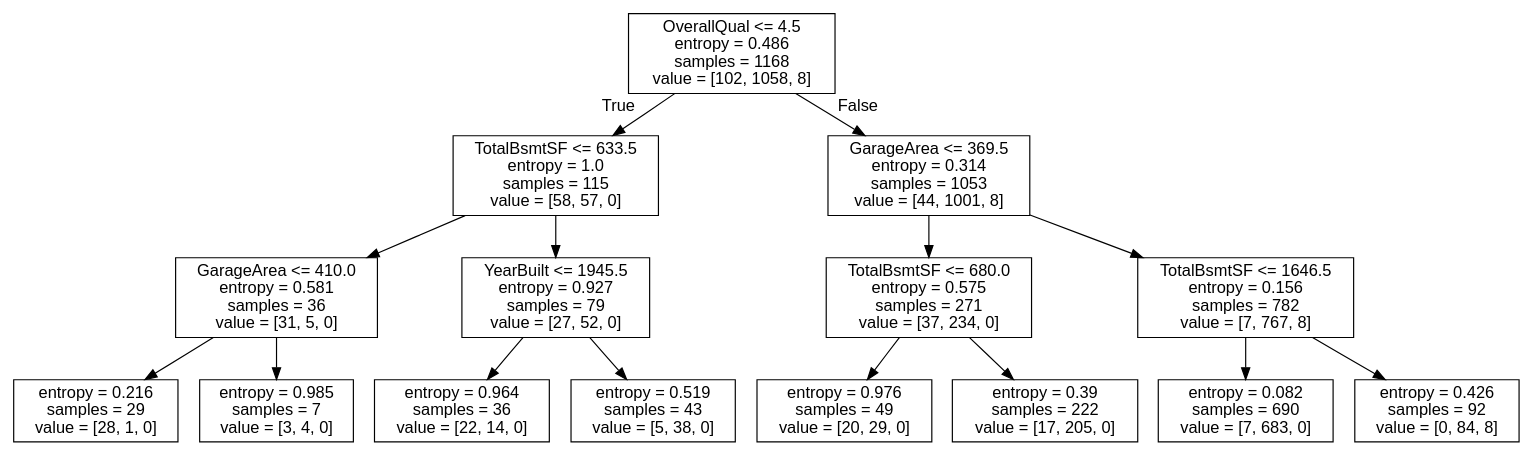
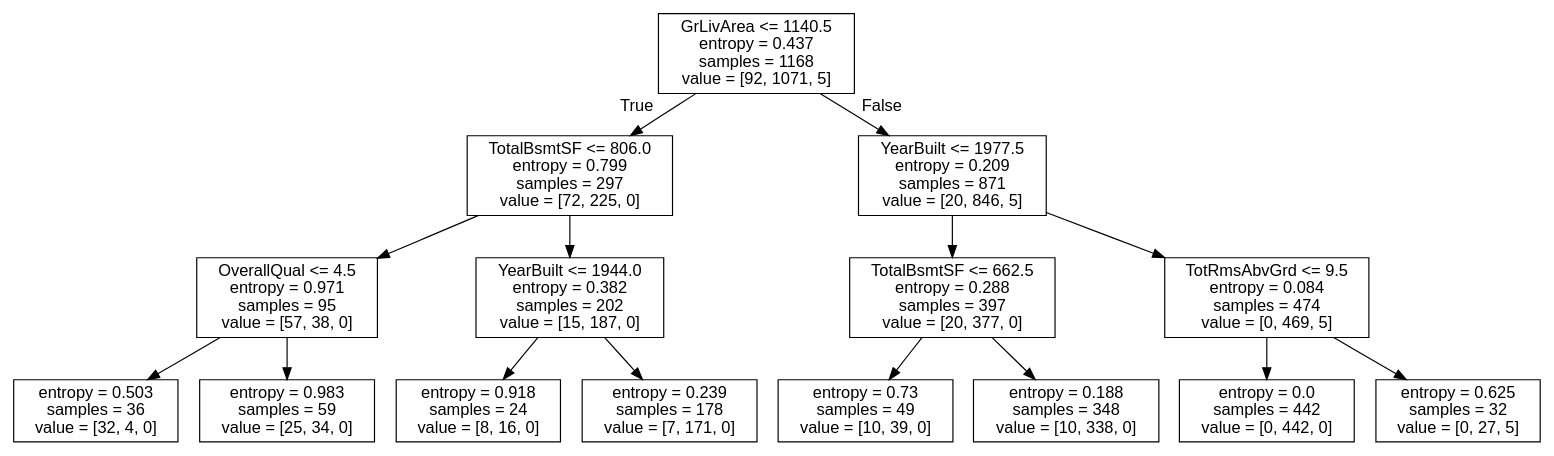
Before and after one commit to genomorro/unir: the diagram in out/dtc.dot, drawn with Graphviz. The commit also changed 2 other files, not shown here.

```diff
--- a/out/dtc.dot
+++ b/out/dtc.dot
@@ -1,33 +1,33 @@
 digraph Tree {
 node [shape=box, fontname="helvetica"] ;
 edge [fontname="helvetica"] ;
-0 [label="OverallQual <= 4.5\nentropy = 0.486\nsamples = 1168\nvalue = [102, 1058, 8]"] ;
-1 [label="TotalBsmtSF <= 633.5\nentropy = 1.0\nsamples = 115\nvalue = [58, 57, 0]"] ;
+0 [label="GrLivArea <= 1140.5\nentropy = 0.437\nsamples = 1168\nvalue = [92, 1071, 5]"] ;
+1 [label="TotalBsmtSF <= 806.0\nentropy = 0.799\nsamples = 297\nvalue = [72, 225, 0]"] ;
 0 -> 1 [labeldistance=2.5, labelangle=45, headlabel="True"] ;
-2 [label="GarageArea <= 410.0\nentropy = 0.581\nsamples = 36\nvalue = [31, 5, 0]"] ;
+2 [label="OverallQual <= 4.5\nentropy = 0.971\nsamples = 95\nvalue = [57, 38, 0]"] ;
 1 -> 2 ;
-3 [label="entropy = 0.216\nsamples = 29\nvalue = [28, 1, 0]"] ;
+3 [label="entropy = 0.503\nsamples = 36\nvalue = [32, 4, 0]"] ;
 2 -> 3 ;
-4 [label="entropy = 0.985\nsamples = 7\nvalue = [3, 4, 0]"] ;
+4 [label="entropy = 0.983\nsamples = 59\nvalue = [25, 34, 0]"] ;
 2 -> 4 ;
-5 [label="YearBuilt <= 1945.5\nentropy = 0.927\nsamples = 79\nvalue = [27, 52, 0]"] ;
+5 [label="YearBuilt <= 1944.0\nentropy = 0.382\nsamples = 202\nvalue = [15, 187, 0]"] ;
 1 -> 5 ;
-6 [label="entropy = 0.964\nsamples = 36\nvalue = [22, 14, 0]"] ;
+6 [label="entropy = 0.918\nsamples = 24\nvalue = [8, 16, 0]"] ;
 5 -> 6 ;
-7 [label="entropy = 0.519\nsamples = 43\nvalue = [5, 38, 0]"] ;
+7 [label="entropy = 0.239\nsamples = 178\nvalue = [7, 171, 0]"] ;
 5 -> 7 ;
-8 [label="GarageArea <= 369.5\nentropy = 0.314\nsamples = 1053\nvalue = [44, 1001, 8]"] ;
+8 [label="YearBuilt <= 1977.5\nentropy = 0.209\nsamples = 871\nvalue = [20, 846, 5]"] ;
 0 -> 8 [labeldistance=2.5, labelangle=-45, headlabel="False"] ;
-9 [label="TotalBsmtSF <= 680.0\nentropy = 0.575\nsamples = 271\nvalue = [37, 234, 0]"] ;
+9 [label="TotalBsmtSF <= 662.5\nentropy = 0.288\nsamples = 397\nvalue = [20, 377, 0]"] ;
 8 -> 9 ;
-10 [label="entropy = 0.976\nsamples = 49\nvalue = [20, 29, 0]"] ;
+10 [label="entropy = 0.73\nsamples = 49\nvalue = [10, 39, 0]"] ;
 9 -> 10 ;
-11 [label="entropy = 0.39\nsamples = 222\nvalue = [17, 205, 0]"] ;
+11 [label="entropy = 0.188\nsamples = 348\nvalue = [10, 338, 0]"] ;
 9 -> 11 ;
-12 [label="TotalBsmtSF <= 1646.5\nentropy = 0.156\nsamples = 782\nvalue = [7, 767, 8]"] ;
+12 [label="TotRmsAbvGrd <= 9.5\nentropy = 0.084\nsamples = 474\nvalue = [0, 469, 5]"] ;
 8 -> 12 ;
-13 [label="entropy = 0.082\nsamples = 690\nvalue = [7, 683, 0]"] ;
+13 [label="entropy = 0.0\nsamples = 442\nvalue = [0, 442, 0]"] ;
 12 -> 13 ;
-14 [label="entropy = 0.426\nsamples = 92\nvalue = [0, 84, 8]"] ;
+14 [label="entropy = 0.625\nsamples = 32\nvalue = [0, 27, 5]"] ;
 12 -> 14 ;
 }
```
